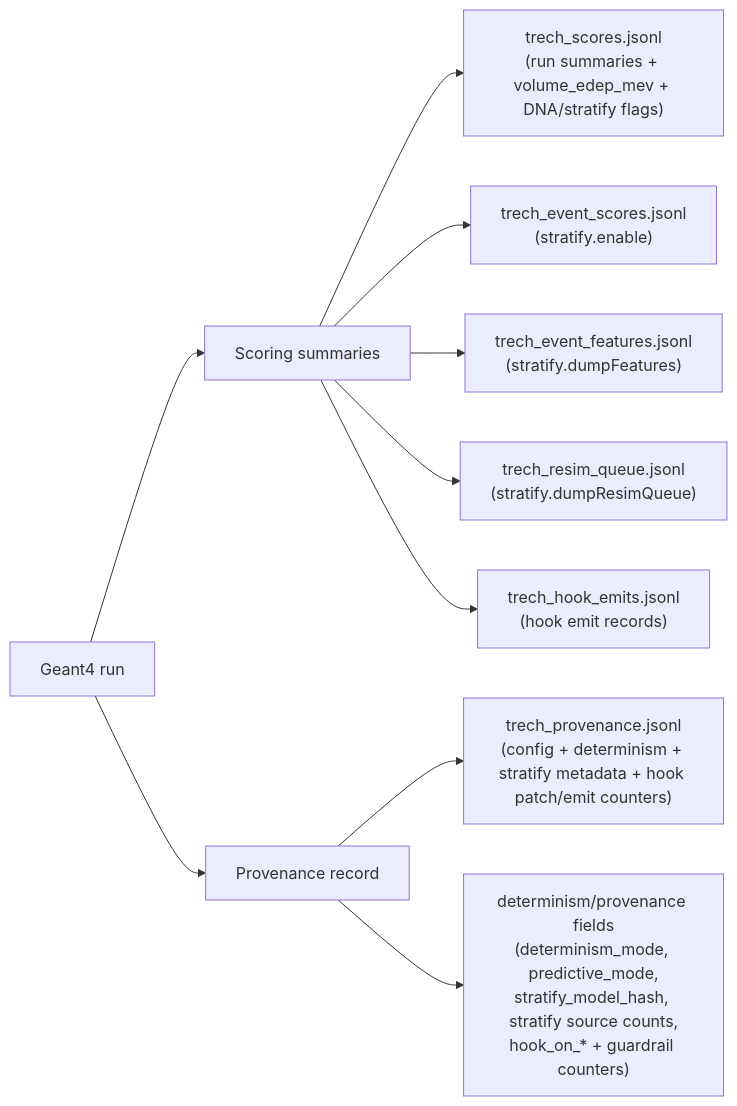
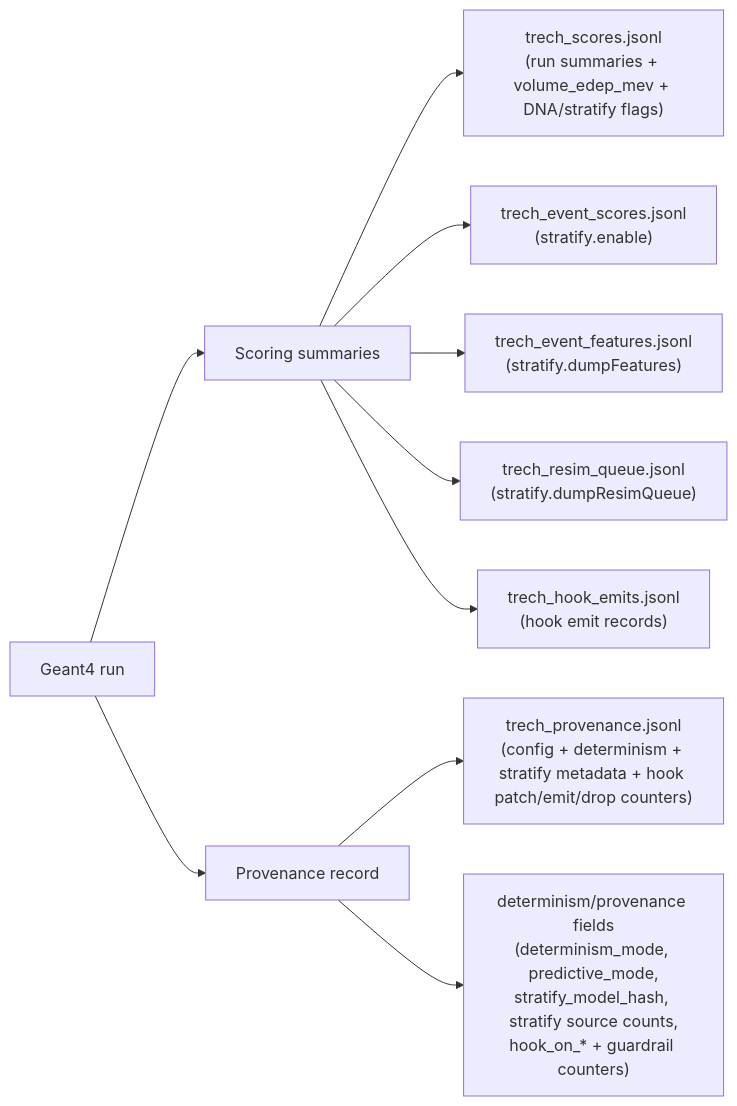
Before and after one commit to Geckos-Ink/trech: the fourth of 8 diagrams in CHARTS.md, drawn with Mermaid. The commit also changed other lines of this file and 17 other files, not shown here.

````diff
--- a/CHARTS.md
+++ b/CHARTS.md
@@ -96,12 +96,12 @@
 ```mermaid
 flowchart LR
   RUN["Geant4 run"] --> SCORING["Scoring summaries"]
   RUN --> PROV["Provenance record"]
   SCORING --> S1["trech_scores.jsonl\n(run summaries + volume_edep_mev + DNA/stratify flags)"]
   SCORING --> S2["trech_event_scores.jsonl\n(stratify.enable)"]
   SCORING --> S3["trech_event_features.jsonl\n(stratify.dumpFeatures)"]
   SCORING --> S4["trech_resim_queue.jsonl\n(stratify.dumpResimQueue)"]
   SCORING --> S5["trech_hook_emits.jsonl\n(hook emit records)"]
-  PROV --> P1["trech_provenance.jsonl\n(config + determinism + stratify metadata + hook patch/emit counters)"]
+  PROV --> P1["trech_provenance.jsonl\n(config + determinism + stratify metadata + hook patch/emit/drop counters)"]
   PROV --> P2["determinism/provenance fields\n(determinism_mode, predictive_mode,\nstratify_model_hash, stratify source counts,\nhook_on_* + guardrail counters)"]
 ```
````
